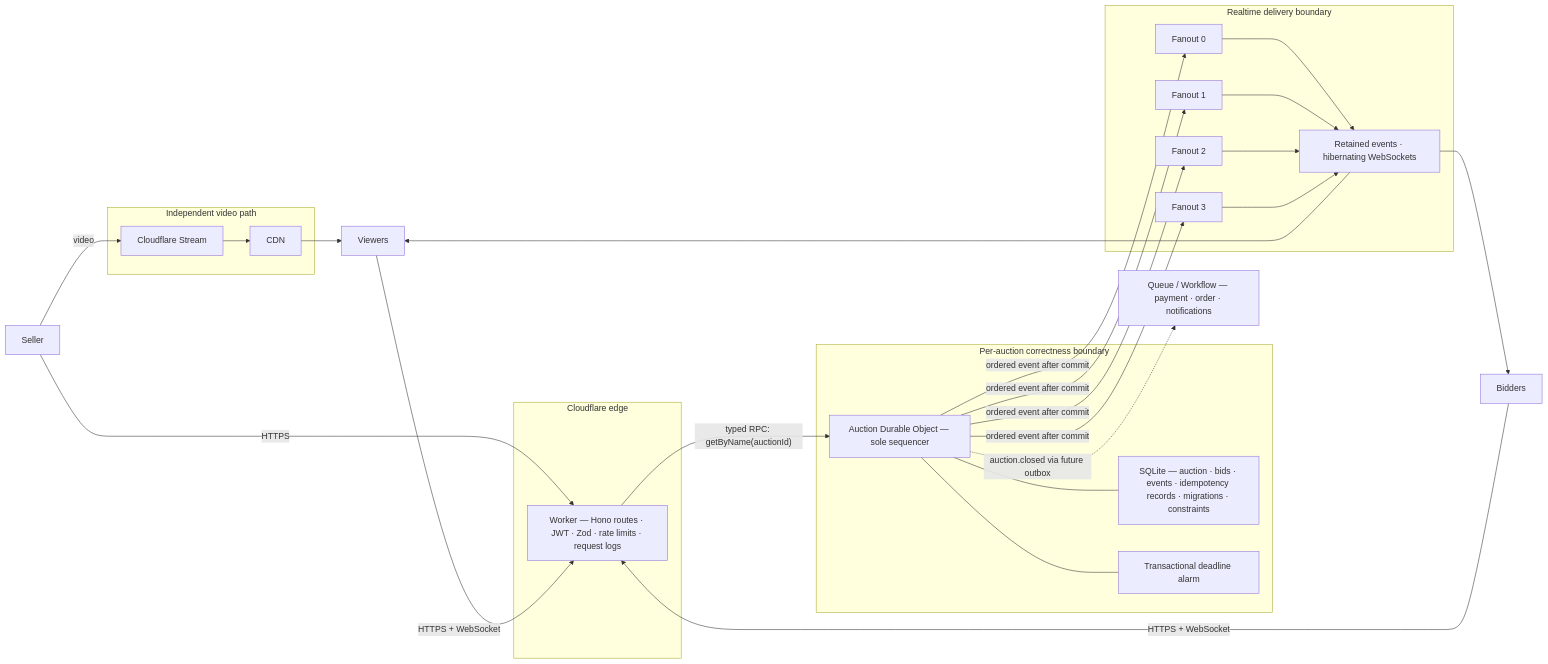
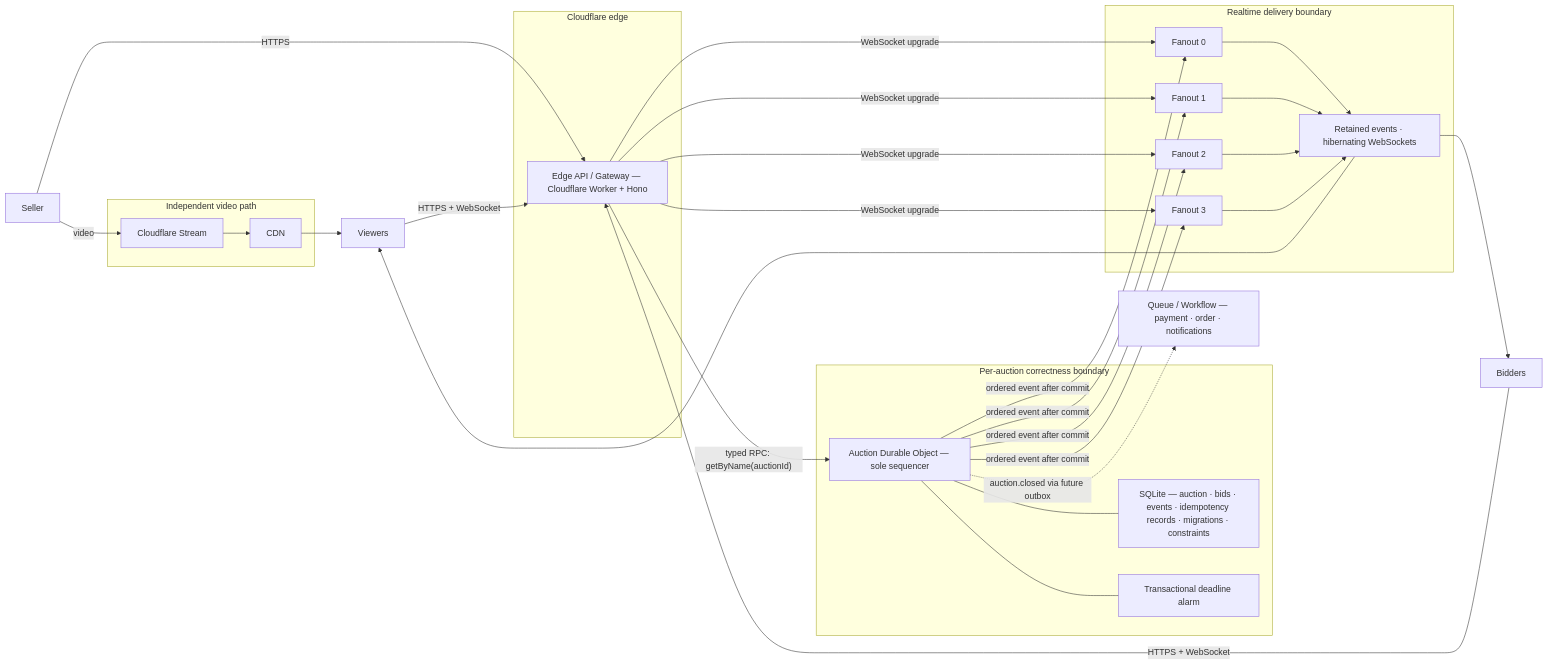
Before and after one commit to aranlucas/live-auction: the ninth of 12 diagrams in SYSTEM_DESIGN.md, drawn with Mermaid. The commit also changed other lines of this file, not shown here.

Commit message:
docs: label the edge API gateway boundary

````diff
--- a/SYSTEM_DESIGN.md
+++ b/SYSTEM_DESIGN.md
@@ -560,50 +583,54 @@
 ```mermaid
 flowchart LR
     Seller[Seller]
     Bidders[Bidders]
     Viewers[Viewers]
 
     subgraph Video[Independent video path]
         Stream[Cloudflare Stream]
         CDN[CDN]
     end
 
     subgraph Edge[Cloudflare edge]
-        Worker["Worker — Hono routes · JWT · Zod · rate limits · request logs"]
+        Gateway["Edge API / Gateway — Cloudflare Worker + Hono"]
     end
 
     subgraph Authority[Per-auction correctness boundary]
         AuctionDO["Auction Durable Object — sole sequencer"]
         SQLite["SQLite — auction · bids · events · idempotency records · migrations · constraints"]
         Alarm[Transactional deadline alarm]
         AuctionDO --- SQLite
         AuctionDO --- Alarm
     end
 
     subgraph Delivery[Realtime delivery boundary]
         F0[Fanout 0]
         F1[Fanout 1]
         F2[Fanout 2]
         F3[Fanout 3]
         Sockets["Retained events · hibernating WebSockets"]
         F0 --> Sockets
         F1 --> Sockets
         F2 --> Sockets
         F3 --> Sockets
     end
 
     Settlement["Queue / Workflow — payment · order · notifications"]
 
     Seller -->|video| Stream --> CDN --> Viewers
-    Seller -->|HTTPS| Worker
-    Bidders -->|HTTPS + WebSocket| Worker
-    Viewers -->|HTTPS + WebSocket| Worker
-    Worker -->|"typed RPC: getByName(auctionId)"| AuctionDO
+    Seller -->|HTTPS| Gateway
+    Bidders -->|HTTPS + WebSocket| Gateway
+    Viewers -->|HTTPS + WebSocket| Gateway
+    Gateway -->|"typed RPC: getByName(auctionId)"| AuctionDO
+    Gateway -->|WebSocket upgrade| F0
+    Gateway -->|WebSocket upgrade| F1
+    Gateway -->|WebSocket upgrade| F2
+    Gateway -->|WebSocket upgrade| F3
     AuctionDO -->|ordered event after commit| F0
     AuctionDO -->|ordered event after commit| F1
     AuctionDO -->|ordered event after commit| F2
     AuctionDO -->|ordered event after commit| F3
     Sockets --> Viewers
     Sockets --> Bidders
     AuctionDO -.->|auction.closed via future outbox| Settlement
 ```
````
